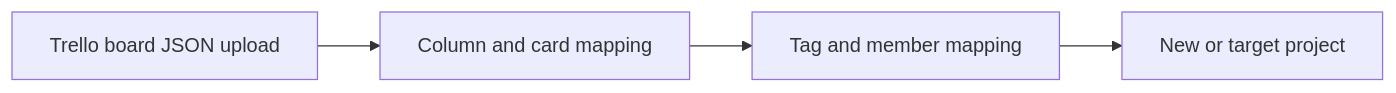
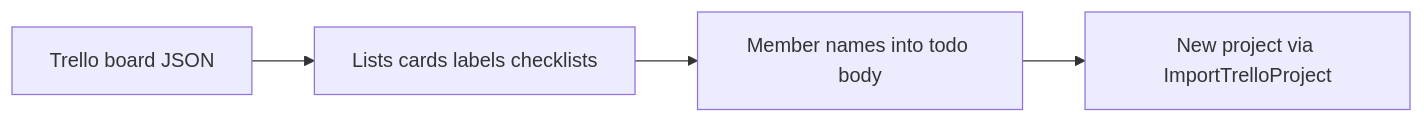
Before and after one commit to bhardwajRahul/scrumboy: the second of 2 diagrams in docs/diagrams/scrumboy_backup_import.md, drawn with Mermaid. The commit also changed other lines of this file and 38 other files, not shown here.

````diff
--- a/docs/diagrams/scrumboy_backup_import.md
+++ b/docs/diagrams/scrumboy_backup_import.md
@@ -24,9 +37,9 @@
 ```mermaid
 flowchart LR
-  TrelloJSON[Trello board JSON upload]
-  Map[Column and card mapping]
-  Tags[Tag and member mapping]
-  Proj[New or target project]
+  TrelloJSON[Trello board JSON]
+  Map[Lists cards labels checklists]
+  Notes["Member names into todo body"]
+  Proj["New project via ImportTrelloProject"]
 
-  TrelloJSON --> Map --> Tags --> Proj
+  TrelloJSON --> Map --> Notes --> Proj
 ```
````
